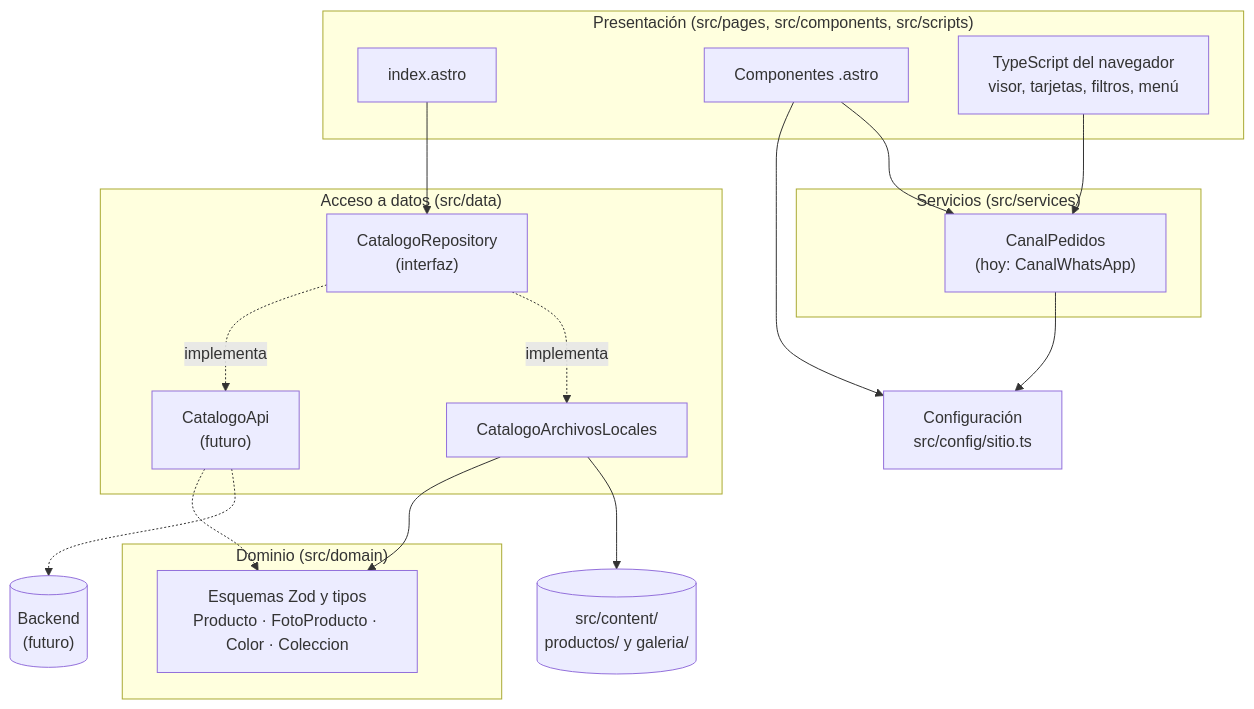
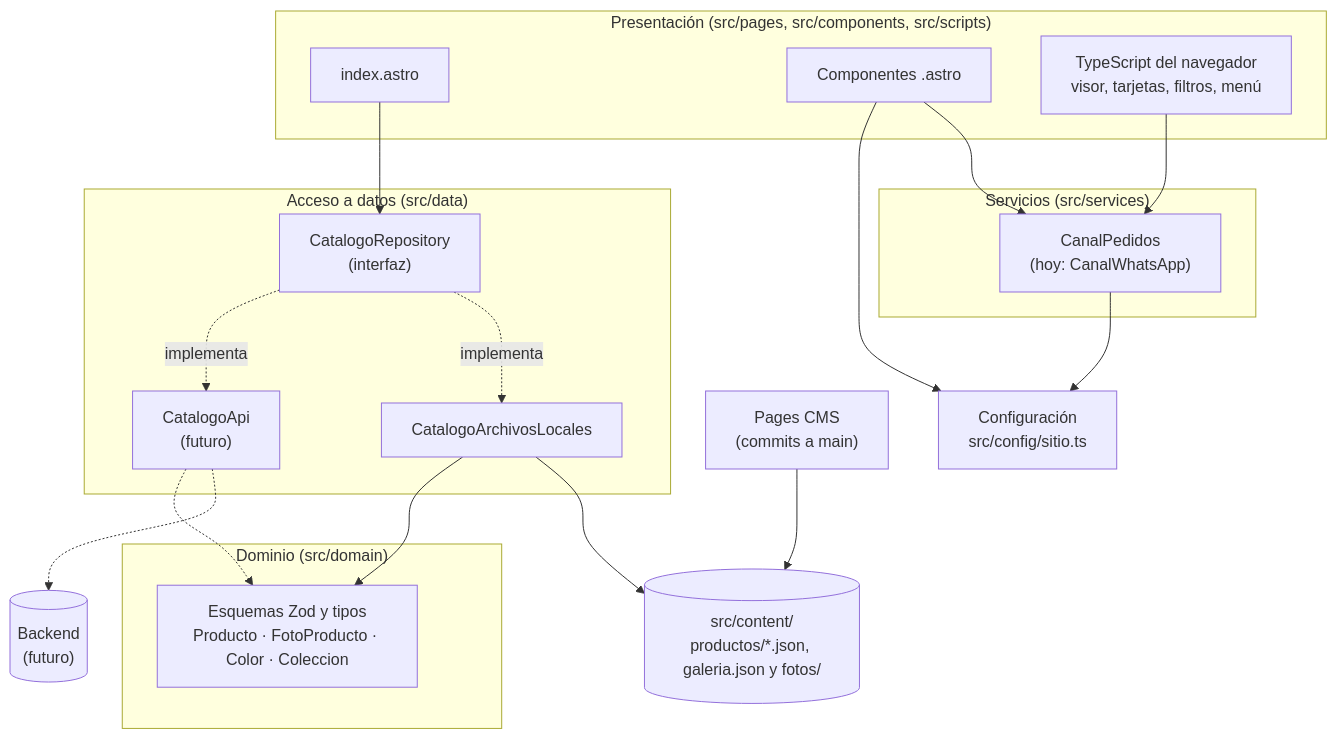
The diagram in docs/arquitectura.md (AIMtonio/front-aalcuadrado), drawn with Mermaid before and after one commit. The commit also changed other lines of this file and 31 other files, not shown here.

````diff
--- a/docs/arquitectura.md
+++ b/docs/arquitectura.md
@@ -7,38 +7,40 @@
 ```mermaid
 flowchart TB
   subgraph UI["Presentación (src/pages, src/components, src/scripts)"]
     P[index.astro]
     C[Componentes .astro]
     JS[TypeScript del navegador<br/>visor, tarjetas, filtros, menú]
   end
 
   subgraph SERV["Servicios (src/services)"]
     PED["CanalPedidos<br/>(hoy: CanalWhatsApp)"]
   end
 
   subgraph DATOS["Acceso a datos (src/data)"]
     REPO["CatalogoRepository<br/>(interfaz)"]
     LOCAL[CatalogoArchivosLocales]
     API["CatalogoApi<br/>(futuro)"]
   end
 
   subgraph DOM["Dominio (src/domain)"]
     Z["Esquemas Zod y tipos<br/>Producto · FotoProducto · Color · Coleccion"]
   end
 
   CFG["Configuración<br/>src/config/sitio.ts"]
-  FS[("src/content/<br/>productos/ y galeria/")]
+  FS[("src/content/<br/>productos/*.json, galeria.json y fotos/")]
+  CMS["Pages CMS<br/>(commits a main)"]
   BE[("Backend<br/>(futuro)")]
 
   P --> REPO
   C --> PED
   JS --> PED
   REPO -.implementa.-> LOCAL
   REPO -.implementa.-> API
   LOCAL --> FS
+  CMS --> FS
   API -.-> BE
   LOCAL --> Z
   API -.-> Z
   PED --> CFG
   C --> CFG
 ```
````
